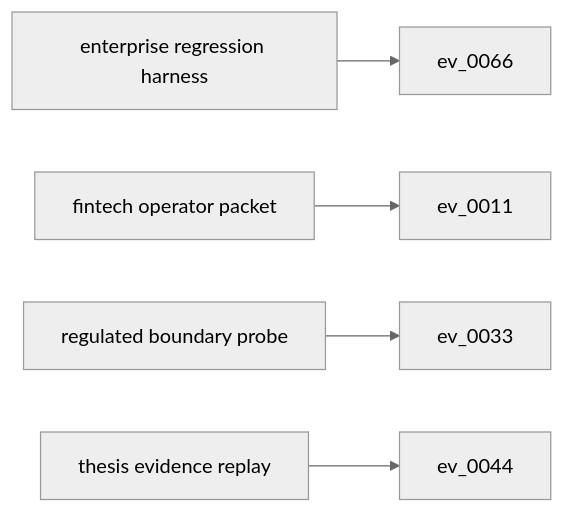
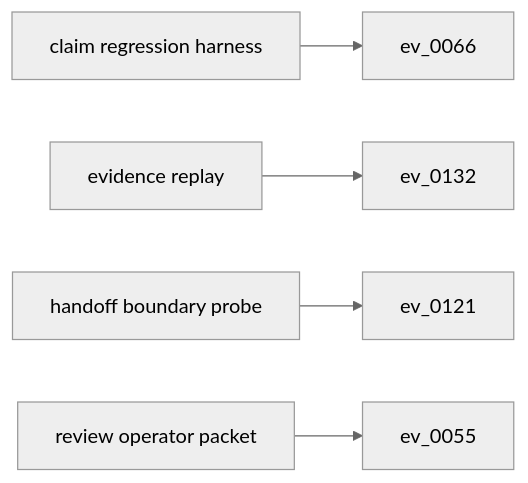
The diagram in outputs/trace_graph.mmd (t7r0n/agent5-guardrails), drawn with Mermaid (neutral theme) before and after one commit. The commit also changed 21 other files, not shown here.

```diff
--- a/outputs/trace_graph.mmd
+++ b/outputs/trace_graph.mmd
@@ -1,13 +1,13 @@
 flowchart LR
-  s0["enterprise regression harness"]
+  s0["claim regression harness"]
   e0["ev_0066"]
   s0 --> e0
-  s1["fintech operator packet"]
-  e1["ev_0011"]
+  s1["evidence replay"]
+  e1["ev_0132"]
   s1 --> e1
-  s2["regulated boundary probe"]
-  e2["ev_0033"]
+  s2["handoff boundary probe"]
+  e2["ev_0121"]
   s2 --> e2
-  s3["thesis evidence replay"]
-  e3["ev_0044"]
+  s3["review operator packet"]
+  e3["ev_0055"]
   s3 --> e3
```
